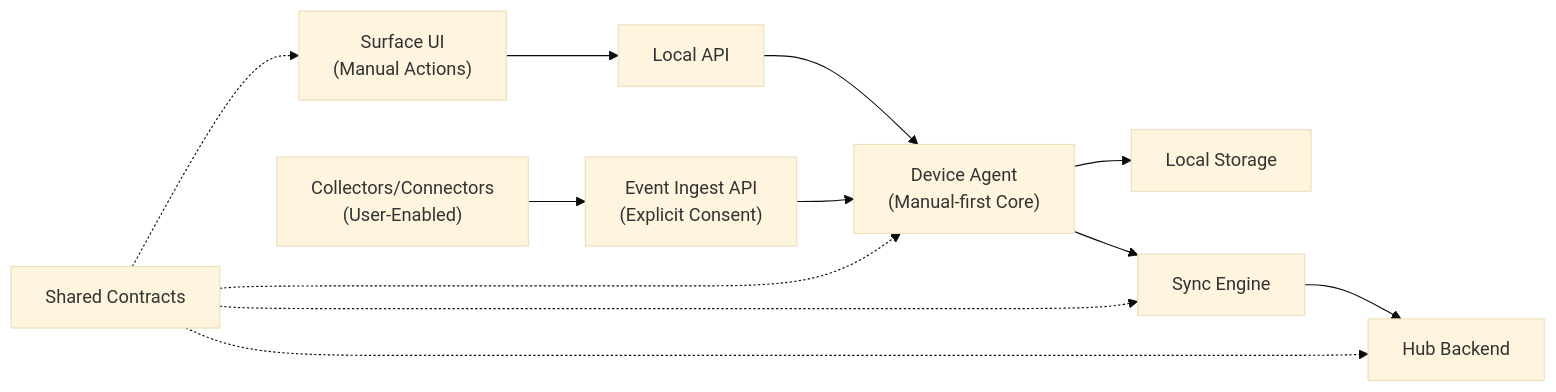
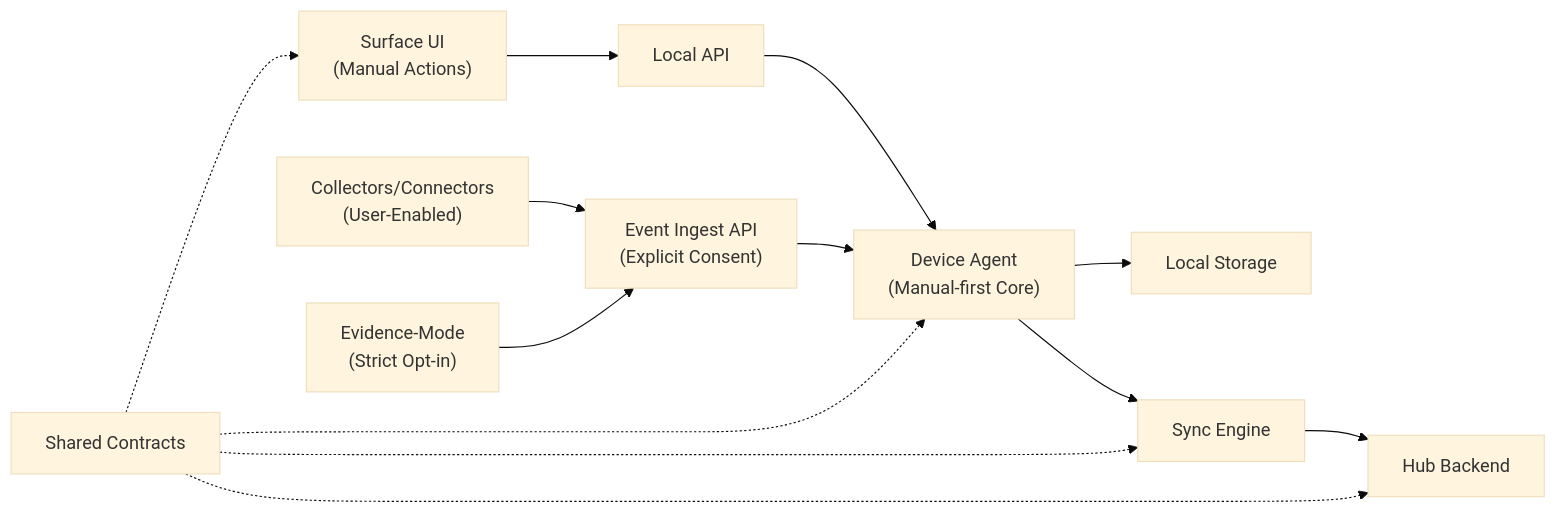
One commit to asukhodko/timeskein changed the fourth of 9 diagrams in .qoder/repowiki/en/content/Architecture Decision Records.md. Above: the diagram before and after it, drawn with Mermaid (base theme). The commit also changed other lines of this file and 6 other files, not shown here.

First line of the commit message:
docs(adr): add ADR-0003 Evidence-Mode Opt-in architecture decision

````diff
--- a/.qoder/repowiki/en/content/Architecture Decision Records.md
+++ b/.qoder/repowiki/en/content/Architecture Decision Records.md
@@ -194,14 +217,15 @@
 ```mermaid
 flowchart LR
 UI["Surface UI<br/>(Manual Actions)"] --> LA["Local API"]
 LA --> DA["Device Agent<br/>(Manual-first Core)"]
 COL["Collectors/Connectors<br/>(User-Enabled)"] --> EI["Event Ingest API<br/>(Explicit Consent)"]
+EVID["Evidence-Mode<br/>(Strict Opt-in)"] --> EI
 EI --> DA
 DA --> ST["Local Storage"]
 DA --> SYNC["Sync Engine"]
 SYNC --> HB["Hub Backend"]
 SC["Shared Contracts"] -.-> UI
 SC -.-> DA
 SC -.-> SYNC
 SC -.-> HB
 ```
````
